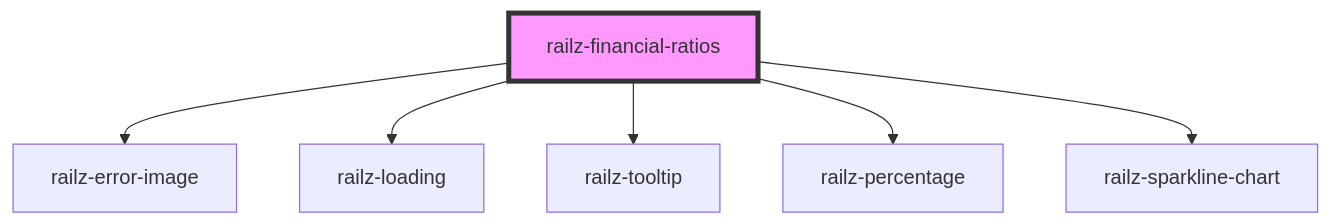
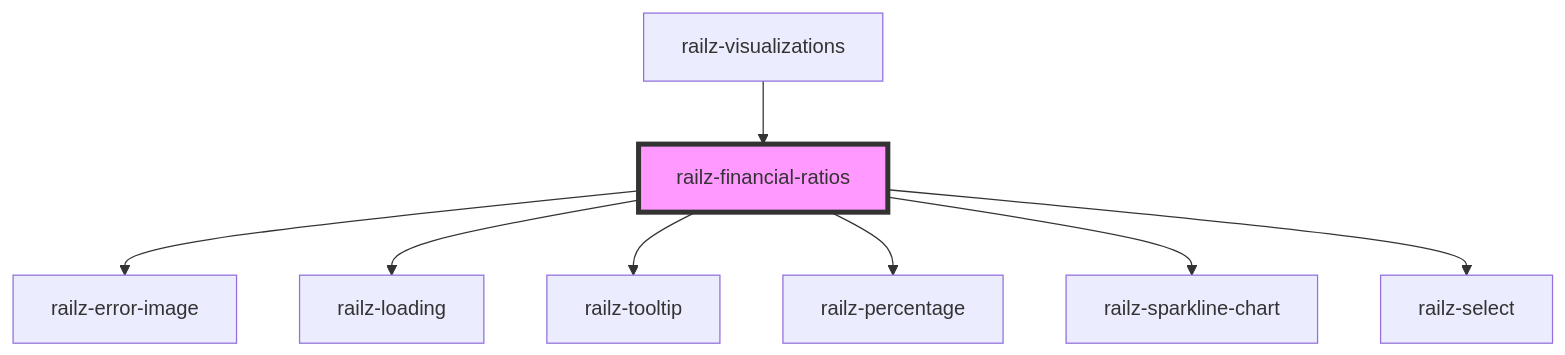
Before and after one commit to railz-ai/railz-visualizations: the diagram in packages/components/src/elements/financial-ratios/readme.md, drawn with Mermaid. The commit also changed other lines of this file and 13 other files, not shown here.

Commit message:
feat: New select component and used on financial ratios

````diff
--- a/packages/components/src/elements/financial-ratios/readme.md
+++ b/packages/components/src/elements/financial-ratios/readme.md
@@ -25,9 +30,11 @@
 ```mermaid
 graph TD;
   railz-financial-ratios --> railz-error-image
   railz-financial-ratios --> railz-loading
   railz-financial-ratios --> railz-tooltip
   railz-financial-ratios --> railz-percentage
   railz-financial-ratios --> railz-sparkline-chart
+  railz-financial-ratios --> railz-select
+  railz-visualizations --> railz-financial-ratios
   style railz-financial-ratios fill:#f9f,stroke:#333,stroke-width:4px
 ```
````
